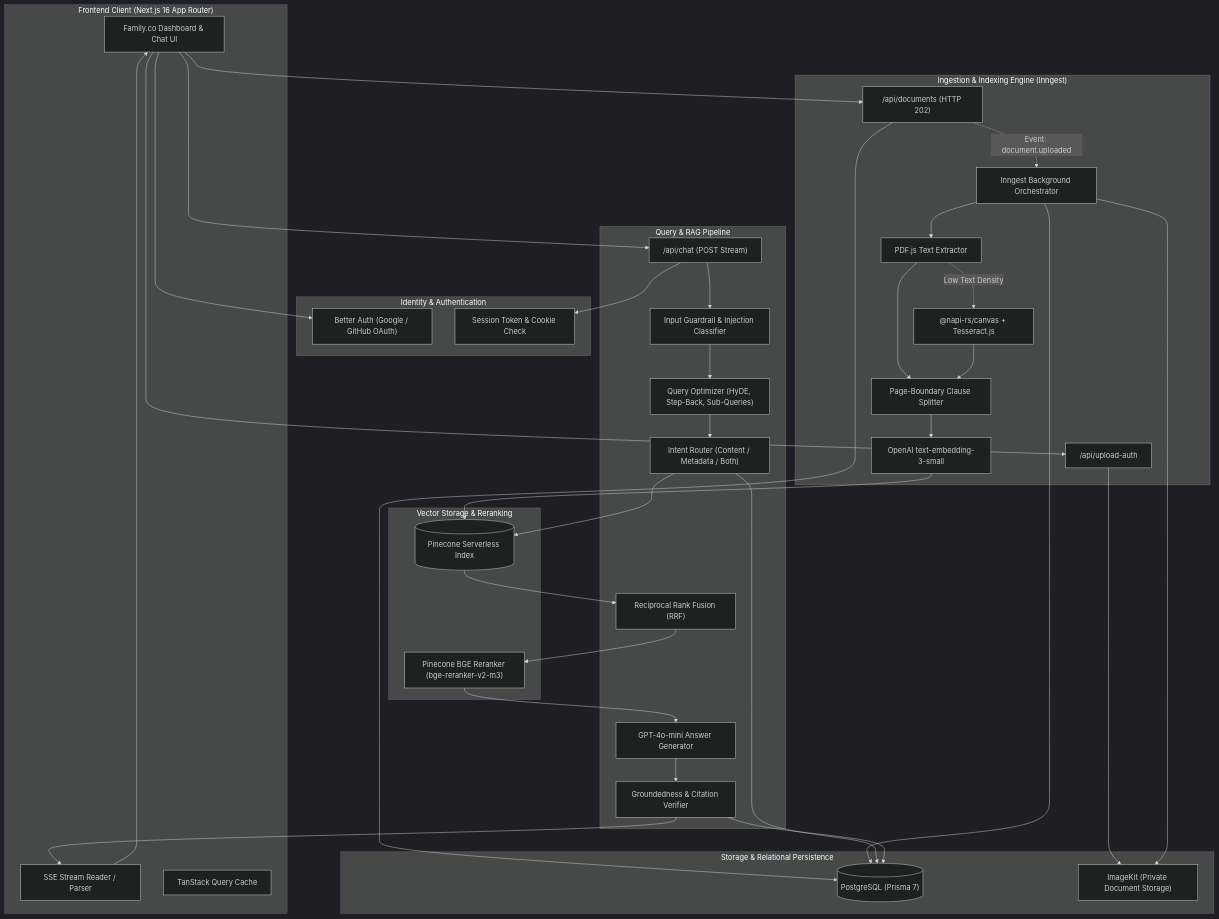
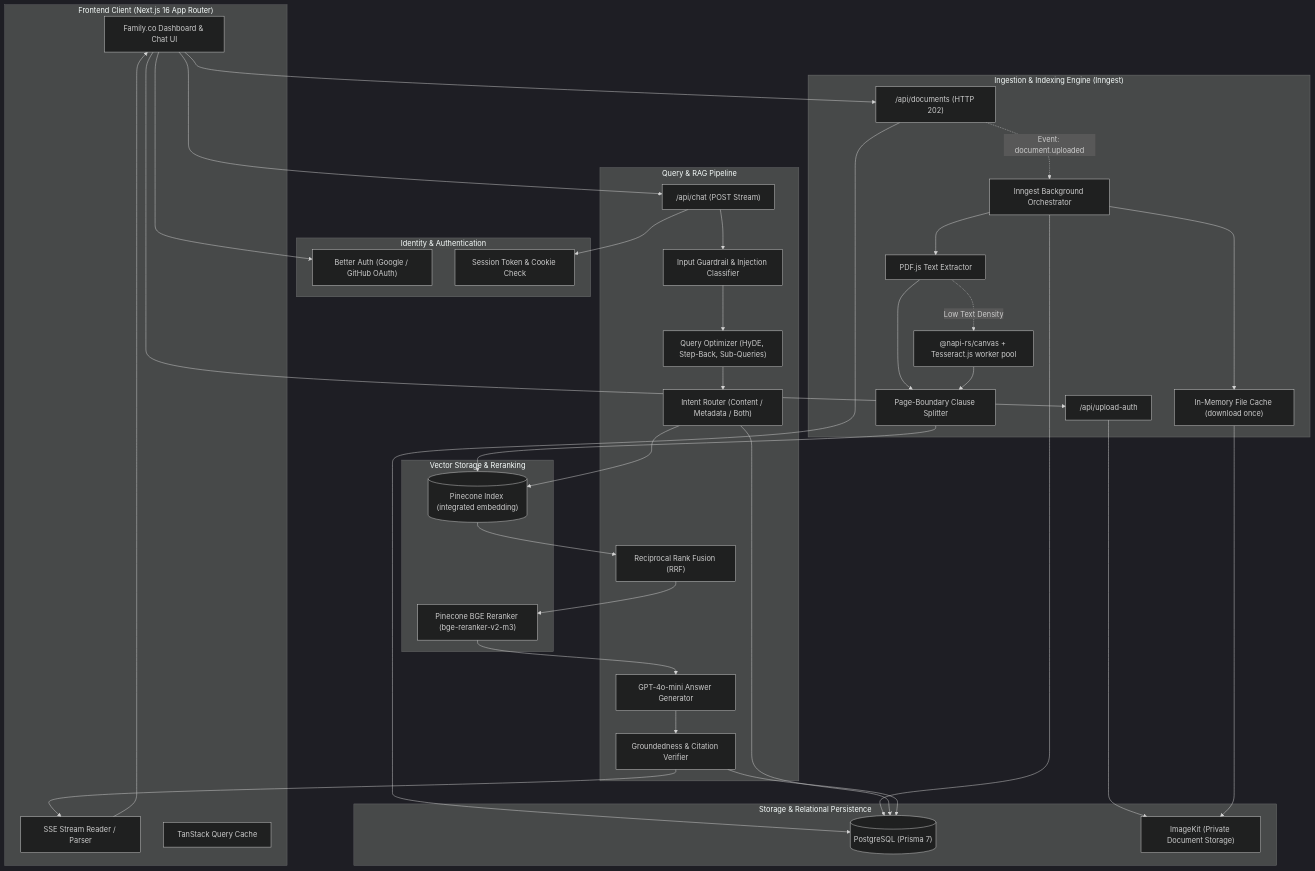
Before and after one commit to Kunalmadoliya/pitch-deck: the first of 4 diagrams in README.md, drawn with Mermaid (dark theme). The commit also changed other lines of this file and 6 other files, not shown here.

Commit message:
feat: add generateDeck function and related schemas for pitch deck management

````diff
--- a/README.md
+++ b/README.md
@@ -209,77 +226,77 @@
 ```mermaid
 flowchart TD
     subgraph Client["Frontend Client (Next.js 16 App Router)"]
         UI["Family.co Dashboard & Chat UI"]
         SSE["SSE Stream Reader / Parser"]
         QueryCache["TanStack Query Cache"]
     end
 
     subgraph Auth["Identity & Authentication"]
         BA["Better Auth (Google / GitHub OAuth)"]
         Session["Session Token & Cookie Check"]
     end
 
     subgraph Storage["Storage & Relational Persistence"]
         PG[("PostgreSQL (Prisma 7)")]
         IK["ImageKit (Private Document Storage)"]
     end
 
     subgraph IngestEngine["Ingestion & Indexing Engine (Inngest)"]
         UploadAuth["/api/upload-auth"]
         DocReg["/api/documents (HTTP 202)"]
         Worker["Inngest Background Orchestrator"]
         PDFParser["PDF.js Text Extractor"]
-        OCR["@napi-rs/canvas + Tesseract.js"]
+        OCR["@napi-rs/canvas + Tesseract.js worker pool"]
         Chunker["Page-Boundary Clause Splitter"]
-        Embedder["OpenAI text-embedding-3-small"]
+        FileCache["In-Memory File Cache (download once)"]
     end
 
     subgraph VectorEngine["Vector Storage & Reranking"]
-        Pinecone[("Pinecone Serverless Index")]
+        Pinecone[("Pinecone Index (integrated embedding)")]
         Reranker["Pinecone BGE Reranker (bge-reranker-v2-m3)"]
     end
 
     subgraph QueryEngine["Query & RAG Pipeline"]
         ChatRoute["/api/chat (POST Stream)"]
         InputGuard["Input Guardrail & Injection Classifier"]
         Optimizer["Query Optimizer (HyDE, Step-Back, Sub-Queries)"]
         Router["Intent Router (Content / Metadata / Both)"]
         RRF["Reciprocal Rank Fusion (RRF)"]
         Generator["GPT-4o-mini Answer Generator"]
         OutputGuard["Groundedness & Citation Verifier"]
     end
 
     %% Client Interactions
     UI --> BA
     UI --> UploadAuth
     UploadAuth --> IK
     UI --> DocReg
     DocReg --> PG
     DocReg -.->|Event: document.uploaded| Worker
 
     %% Ingestion Flow
-    Worker --> IK
+    Worker --> FileCache
+    FileCache --> IK
     Worker --> PDFParser
     PDFParser -.->|Low Text Density| OCR
     PDFParser --> Chunker
     OCR --> Chunker
-    Chunker --> Embedder
-    Embedder --> Pinecone
+    Chunker --> Pinecone
     Worker --> PG
 
     %% Query Flow
     UI --> ChatRoute
     ChatRoute --> Session
     ChatRoute --> InputGuard
     InputGuard --> Optimizer
     Optimizer --> Router
     Router --> Pinecone
     Router --> PG
     Pinecone --> RRF
     RRF --> Reranker
     Reranker --> Generator
     Generator --> OutputGuard
     OutputGuard --> PG
     OutputGuard --> SSE
     SSE --> UI
 ```
````
